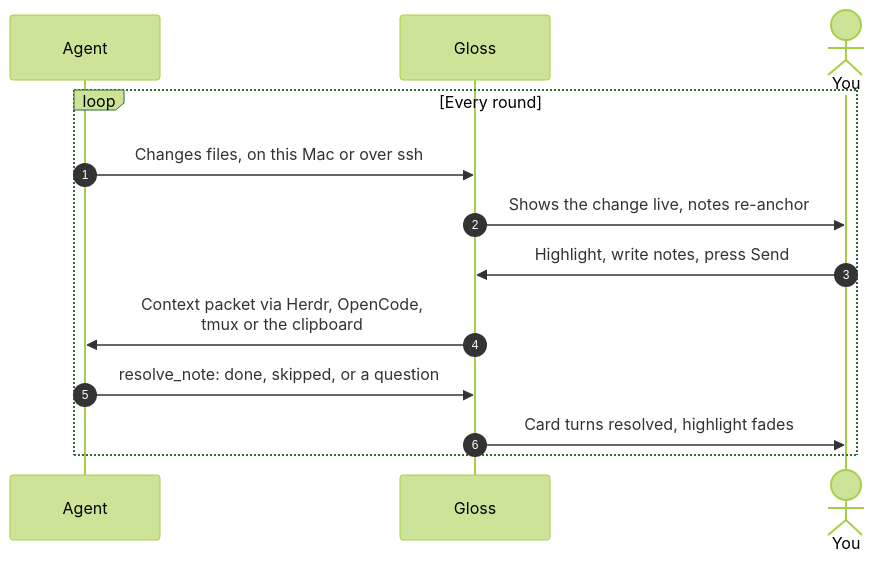
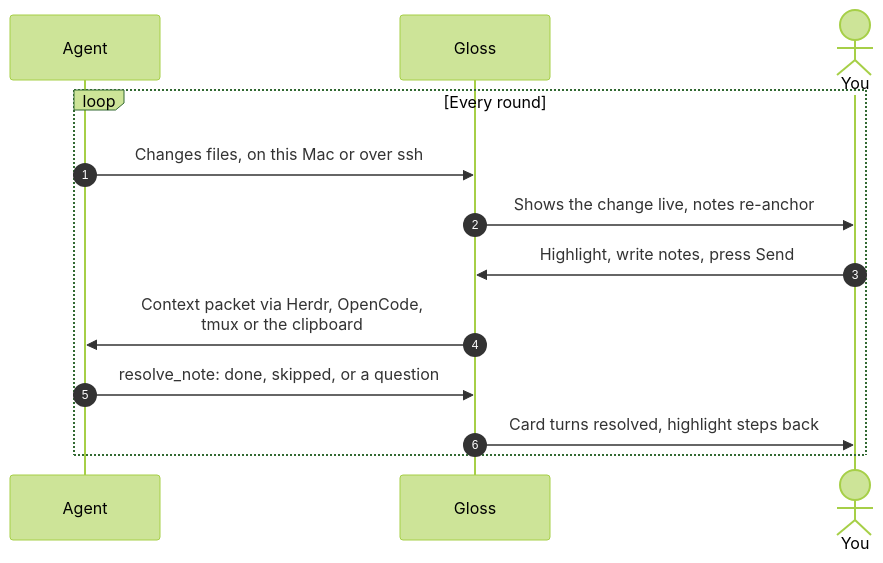
One commit to colinc86/gloss changed the diagram in README.md. Above: the diagram before and after it, drawn with Mermaid (forest theme). The commit also changed other lines of this file and 4 other files, not shown here.

````diff
--- a/README.md
+++ b/README.md
@@ -49,15 +55,15 @@
 ```mermaid
 sequenceDiagram
     autonumber
     participant Agent
     participant Gloss
     actor You
     loop Every round
         Agent->>Gloss: Changes files, on this Mac or over ssh
         Gloss->>You: Shows the change live, notes re-anchor
         You->>Gloss: Highlight, write notes, press Send
         Gloss->>Agent: Context packet via Herdr, OpenCode,<br>tmux or the clipboard
         Agent->>Gloss: resolve_note: done, skipped, or a question
-        Gloss->>You: Card turns resolved, highlight fades
+        Gloss->>You: Card turns resolved, highlight steps back
     end
 ```
````
